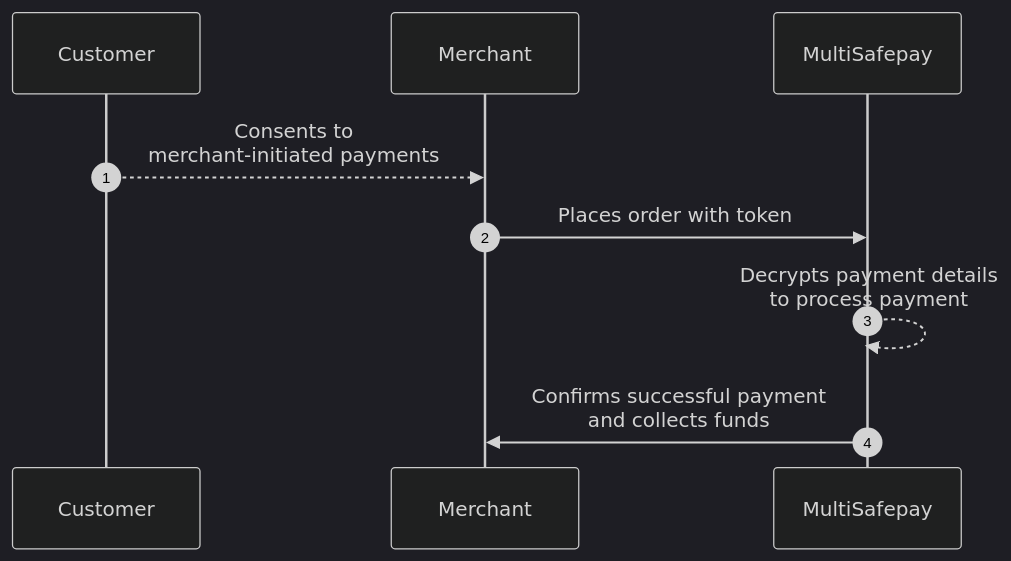
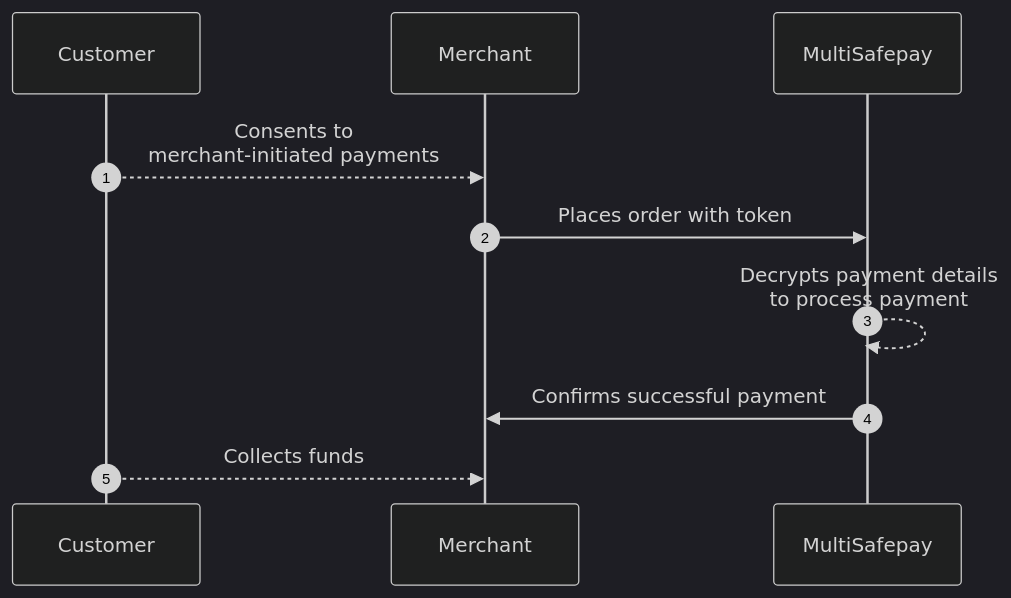
One commit to MultiSafepay/docs changed the third of 3 diagrams in content/payments/features/recurring-payments/_index.md. Above: the diagram before and after it, drawn with Mermaid (dark theme).

```diff
--- a/content/payments/features/recurring-payments/_index.md
+++ b/content/payments/features/recurring-payments/_index.md
@@ -125,14 +125,15 @@
 {{< mermaid class="text-center" >}}
 
 sequenceDiagram
     autonumber
     participant C as Customer
     participant Me as Merchant
     participant Mu as MultiSafepay
 
     C-->>Me: Consents to <br> merchant-initiated payments
     Me->>Mu: Places order with token
     Mu-->>Mu: Decrypts payment details <br> to process payment
-    Mu->>Me: Confirms successful payment <br> and collects funds
+    Mu->>Me: Confirms successful payment
+    C-->>Me: Collects funds
 
 {{< /mermaid >}}
```
